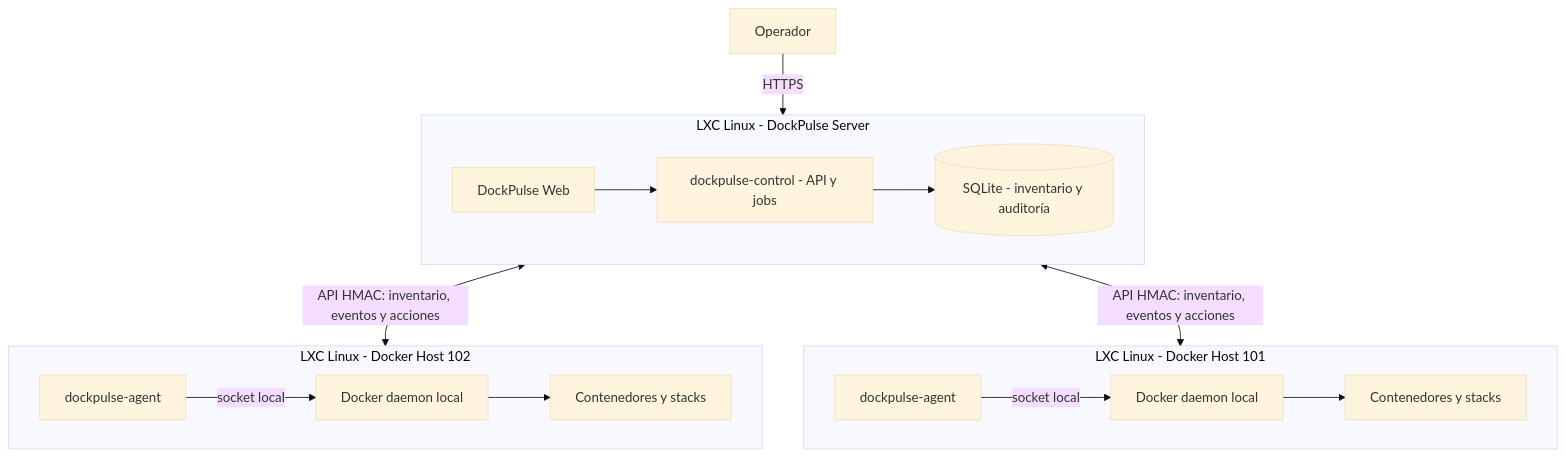
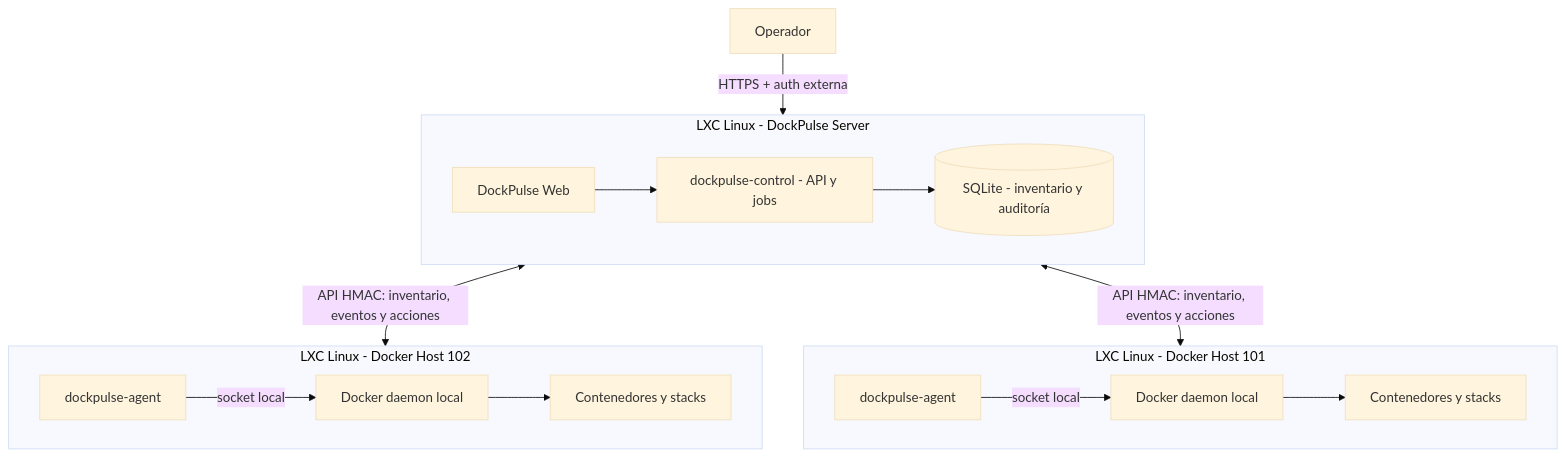
The diagram in docs/architecture.mmd (agugliotta/DockPulse), drawn with Mermaid (base theme) before and after one commit. The commit also changed 20 other files, not shown here.

```diff
--- a/docs/architecture.mmd
+++ b/docs/architecture.mmd
@@ -1,30 +1,30 @@
 flowchart TB
     Operator["Operador"]
 
     subgraph ServerLXC["LXC Linux - DockPulse Server"]
         direction LR
         Web["DockPulse Web"]
         Control["dockpulse-control - API y jobs"]
         SQLite[("SQLite - inventario y auditoría")]
         Web --> Control --> SQLite
     end
 
     subgraph AgentLXC1["LXC Linux - Docker Host 101"]
         direction LR
         Agent1["dockpulse-agent"]
         Docker1["Docker daemon local"]
         Workloads1["Contenedores y stacks"]
         Agent1 -->|"socket local"| Docker1 --> Workloads1
     end
 
     subgraph AgentLXC2["LXC Linux - Docker Host 102"]
         direction LR
         Agent2["dockpulse-agent"]
         Docker2["Docker daemon local"]
         Workloads2["Contenedores y stacks"]
         Agent2 -->|"socket local"| Docker2 --> Workloads2
     end
 
-    Operator -->|"HTTPS"| Web
+    Operator -->|"HTTPS + auth externa"| Web
     Control <-->|"API HMAC: inventario, eventos y acciones"| Agent1
     Control <-->|"API HMAC: inventario, eventos y acciones"| Agent2
```
